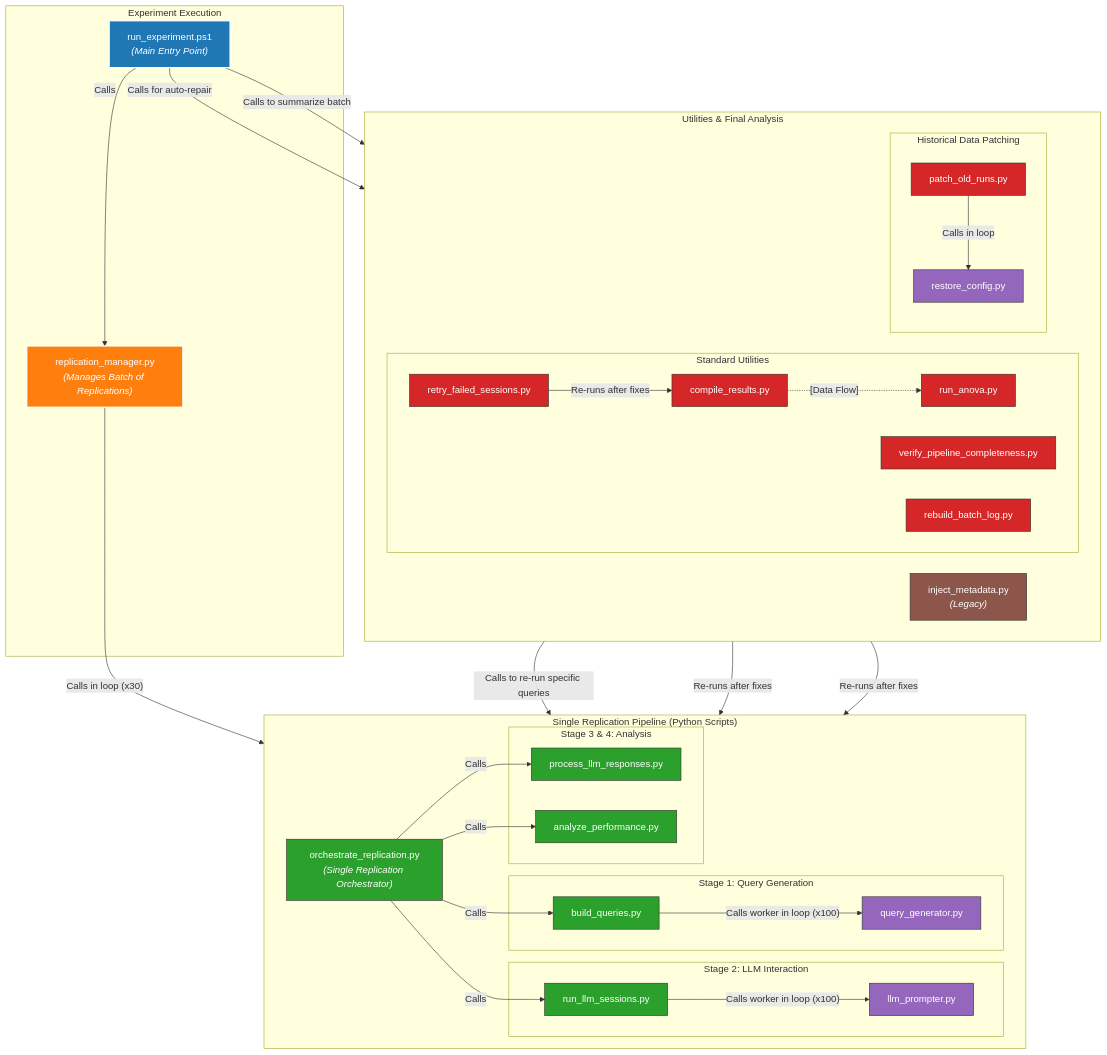
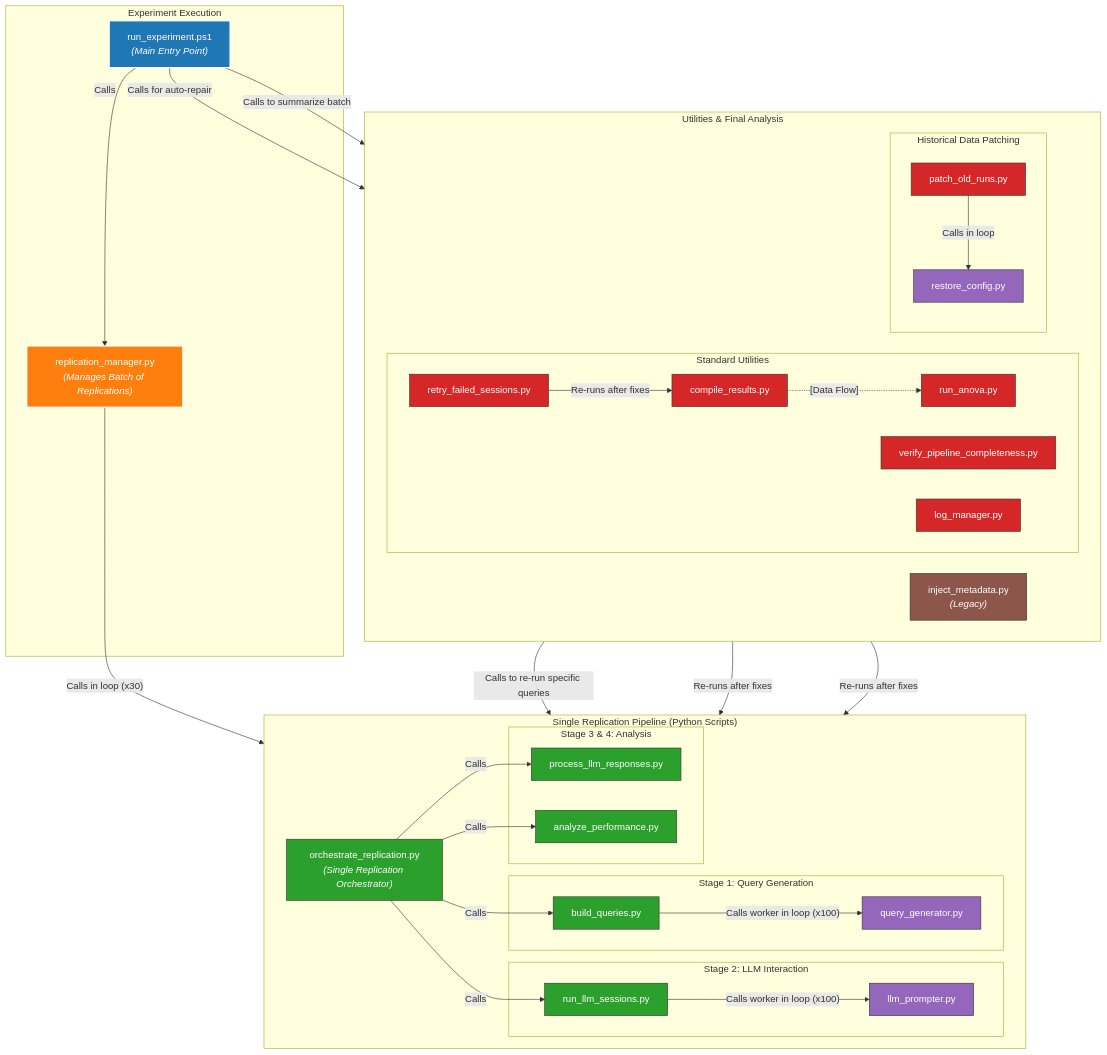
One commit to peterjmarko/llm-narrative-framework changed the first of 3 diagrams in README.md. Above: the diagram before and after it, drawn with Mermaid. The commit also changed other lines of this file and 79 other files, not shown here.

````diff
--- a/README.md
+++ b/README.md
@@ -25,71 +28,71 @@
 ```mermaid
 graph TD;
 
     %% --- Style Definitions ---
     classDef ExperimentRunner fill:#1f77b4,stroke:#fff,stroke-width:2px,color:#fff;
     classDef ReplicationManager fill:#ff7f0e,stroke:#fff,stroke-width:2px,color:#fff;
     classDef Stage fill:#2ca02c,stroke:#333,stroke-width:1px,color:#fff;
     classDef Utility fill:#d62728,stroke:#333,stroke-width:1px,color:#fff;
     classDef Worker fill:#9467bd,stroke:#333,stroke-width:1px,color:#fff;
     classDef Legacy fill:#8c564b,stroke:#333,stroke-width:1px,color:#fff;
 
     %% --- Node Definitions ---
     subgraph "Experiment Execution"
         run_exp["run_experiment.ps1<br/><i>(Main Entry Point)</i>"]:::ExperimentRunner;
         rep_man["replication_manager.py<br/><i>(Manages Batch of Replications)</i>"]:::ReplicationManager;
     end
 
     subgraph "Utilities & Final Analysis"
         direction LR
         subgraph "Standard Utilities"
             retry["retry_failed_sessions.py"]:::Utility;
             compile["compile_results.py"]:::Utility;
             anova["run_anova.py"]:::Utility;
             verify["verify_pipeline_completeness.py"]:::Utility;
-            rebuild_log["rebuild_batch_log.py"]:::Utility;
+            log_man["log_manager.py"]:::Utility;
         end
         subgraph "Historical Data Patching"
             patcher["patch_old_runs.py"]:::Utility;
             restorer["restore_config.py"]:::Worker;
         end
         inject["inject_metadata.py<br/><i>(Legacy)</i>"]:::Legacy;
     end
 
     subgraph "Single Replication Pipeline (Python Scripts)"
         direction LR;
         orch["orchestrate_replication.py<br/><i>(Single Replication Orchestrator)</i>"]:::Stage;
         subgraph "Stage 1: Query Generation"
             build["build_queries.py"]:::Stage;
             qgen["query_generator.py"]:::Worker;
         end
         subgraph "Stage 2: LLM Interaction"
             sessions["run_llm_sessions.py"]:::Stage;
             prompter["llm_prompter.py"]:::Worker;
         end
         subgraph "Stage 3 & 4: Analysis"
             process["process_llm_responses.py"]:::Stage;
             analyze["analyze_performance.py"]:::Stage;
         end
     end
 
     %% --- Connection Definitions ---
     run_exp --> |"Calls"| rep_man;
     rep_man --> |"Calls in loop (x30)"| orch;
     run_exp --> |"Calls for auto-repair"| retry;
     run_exp --> |"Calls to summarize batch"| compile;
     
     orch --> |"Calls"| build;
     build --> |"Calls worker in loop (x100)"| qgen;
     orch --> |"Calls"| sessions;
     sessions --> |"Calls worker in loop (x100)"| prompter;
     orch --> |"Calls"| process;
     orch --> |"Calls"| analyze;
     
     retry --> |"Calls to re-run specific queries"| sessions;
     retry --> |"Re-runs after fixes"| process;
     retry --> |"Re-runs after fixes"| analyze;
     retry --> |"Re-runs after fixes"| compile;
     
     compile -.-> |"[Data Flow]"| anova;
     patcher --> |"Calls in loop"| restorer;
 ```
````
